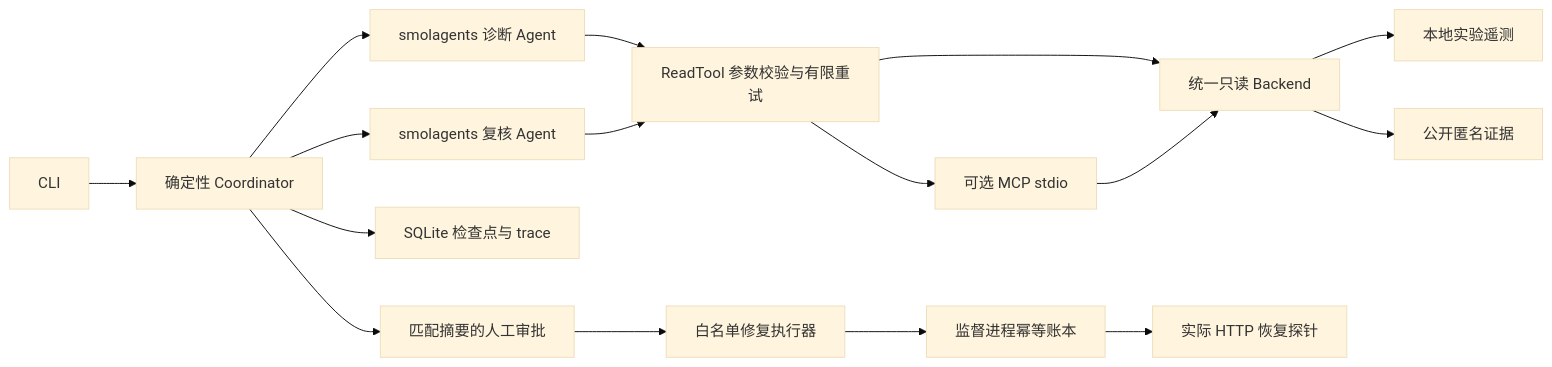
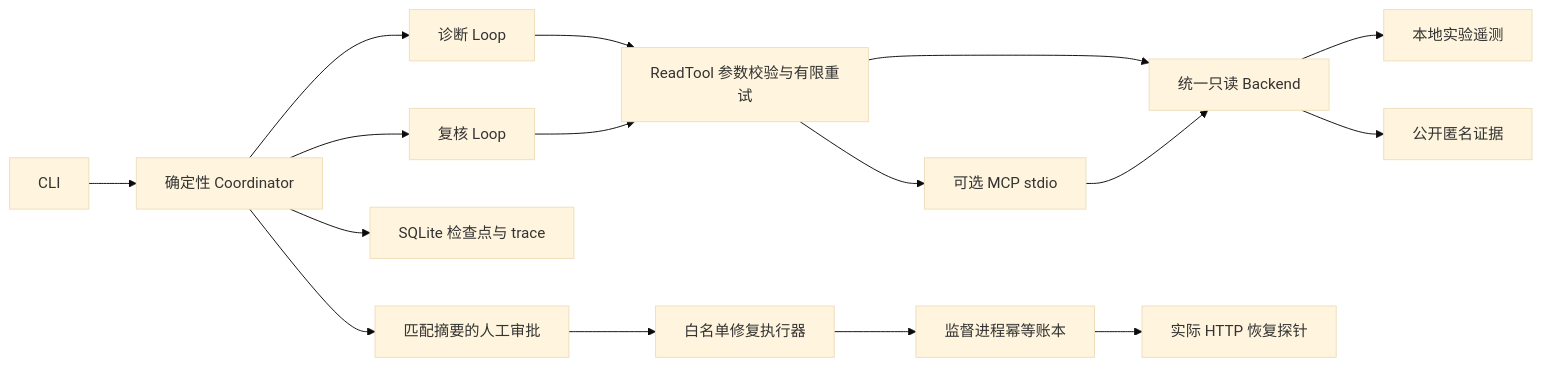
Before and after one commit to pengyyyyyyyy/ops-recovery-agent: the first of 2 diagrams in docs/ARCHITECTURE.md, drawn with Mermaid (base theme). The commit also changed other lines of this file and 68 other files, not shown here.

````diff
--- a/docs/ARCHITECTURE.md
+++ b/docs/ARCHITECTURE.md
@@ -5,18 +7,18 @@
 ```mermaid
 flowchart LR
     CLI[CLI] --> C[确定性 Coordinator]
-    C --> D[smolagents 诊断 Agent]
-    C --> R[smolagents 复核 Agent]
+    C --> D[诊断 Loop]
+    C --> R[复核 Loop]
     D --> T[ReadTool 参数校验与有限重试]
     R --> T
     T --> M[可选 MCP stdio]
     T --> B[统一只读 Backend]
     M --> B
     B --> L[本地实验遥测]
     B --> P[公开匿名证据]
     C --> S[SQLite 检查点与 trace]
     C --> A[匹配摘要的人工审批]
     A --> E[白名单修复执行器]
     E --> J[监督进程幂等账本]
     J --> V[实际 HTTP 恢复探针]
 ```
````
